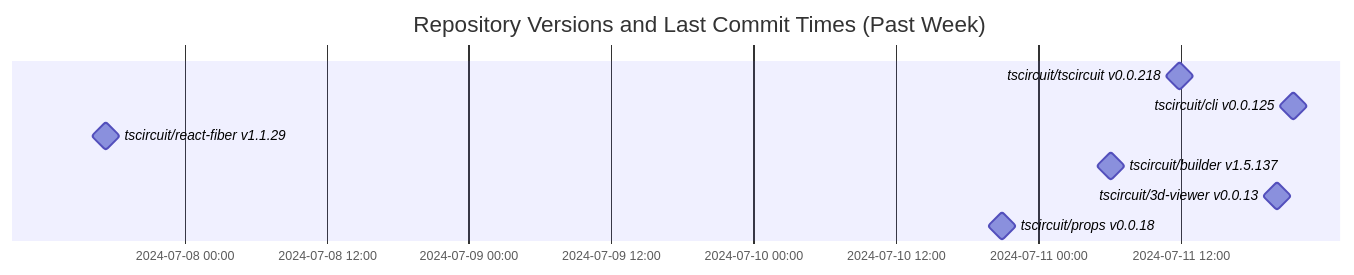
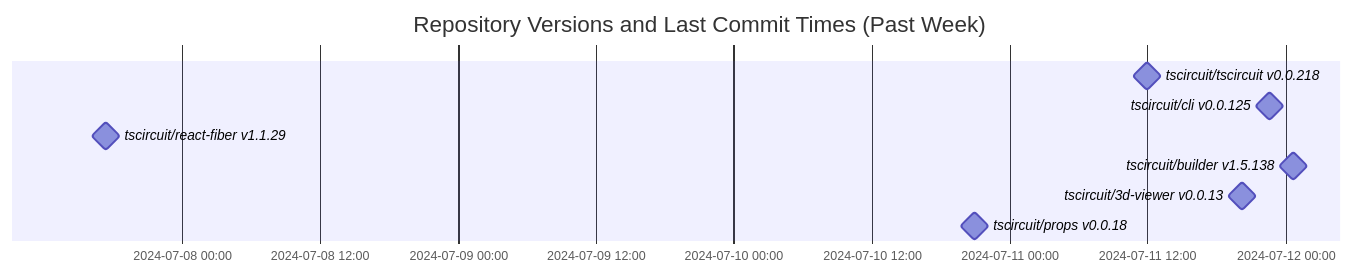
The diagram in README.md (tscircuit/version-tracker), drawn with Mermaid before and after one commit.

Commit message:
Update chart

````diff
--- a/README.md
+++ b/README.md
@@ -1,13 +1,13 @@
 ```mermaid
 gantt
   dateFormat  YYYY-MM-DD HH:mm:ss
   title Repository Versions and Last Commit Times (Past Week)
   axisFormat %Y-%m-%d %H:%M
 
   tscircuit/tscircuit v0.0.218 : milestone, 2024-07-11 11:58:00, 1s
-  tscircuit/cli v0.0.125 : milestone, 2024-07-11 21:32:25, 1s
+  tscircuit/cli v0.0.125 : milestone, 2024-07-11 22:34:14, 1s
   tscircuit/react-fiber v1.1.29 : milestone, 2024-07-07 17:23:26, 1s
-  tscircuit/builder v1.5.137 : milestone, 2024-07-11 06:10:19, 1s
+  tscircuit/builder v1.5.138 : milestone, 2024-07-12 00:40:23, 1s
   tscircuit/3d-viewer v0.0.13 : milestone, 2024-07-11 20:12:35, 1s
   tscircuit/props v0.0.18 : milestone, 2024-07-10 20:59:29, 1s
 ```
````
